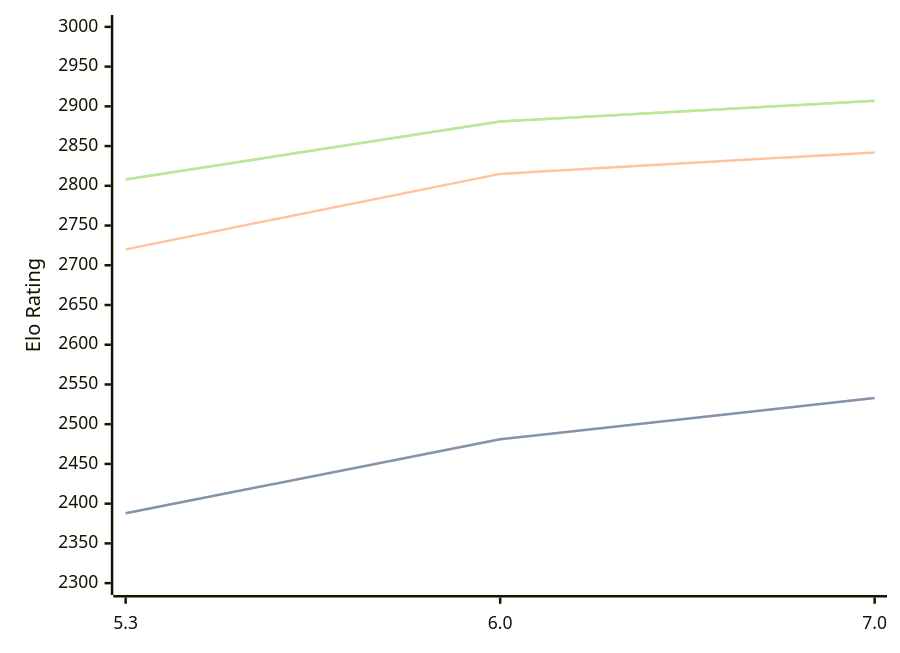
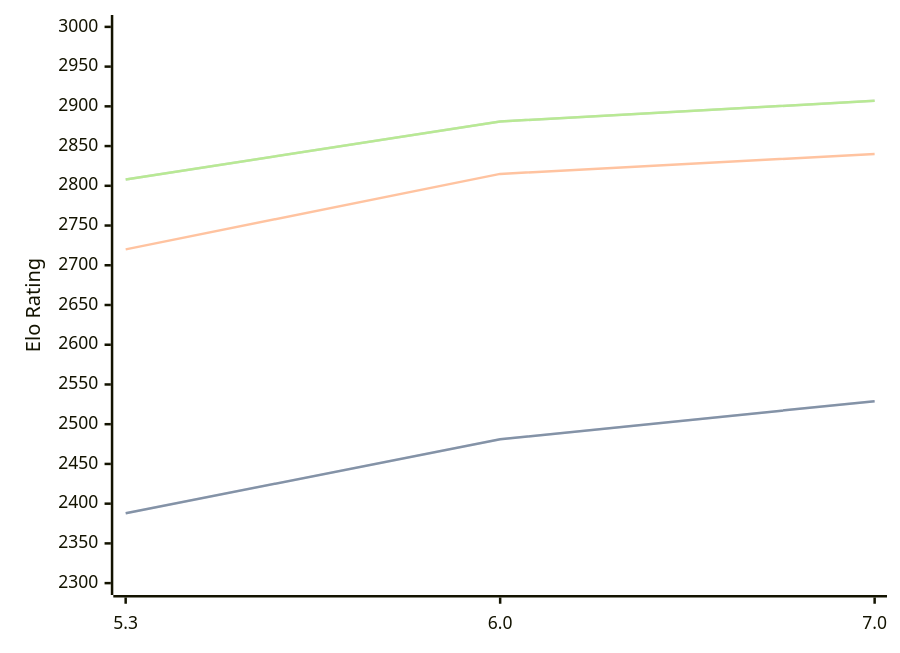
Before and after one commit to computer-chess-index/cci: the diagram in engines/tomitankChess.md, drawn with Mermaid. The commit also changed other lines of this file, not shown here.

````diff
--- a/engines/tomitankChess.md
+++ b/engines/tomitankChess.md
@@ -33,11 +33,11 @@
 ```mermaid
 %%{init: {"theme":"base","themeVariables":{"seriesColors:['#a3a3a3','#222221','#faa371']}}}%%
 xychart-beta
   x-axis ["5.3", "6.0", "7.0"]
   y-axis "Elo Rating" 2300 --> 3000
-  line "" [2388, 2481, 2533]
-  line "STC (8.0+0.08s)" [2388, 2481, 2533]
-  line "LTC (60.0+0.60s)" [2720, 2815, 2842]
+  line "" [2388, 2481, 2529]
+  line "STC (8.0+0.08s)" [2388, 2481, 2529]
+  line "LTC (60.0+0.60s)" [2720, 2815, 2840]
   line "" [2808, 2881, 2907]
   line "VLTC (2m24s+1.12s)" [2808, 2881, 2907]
 ```
````
